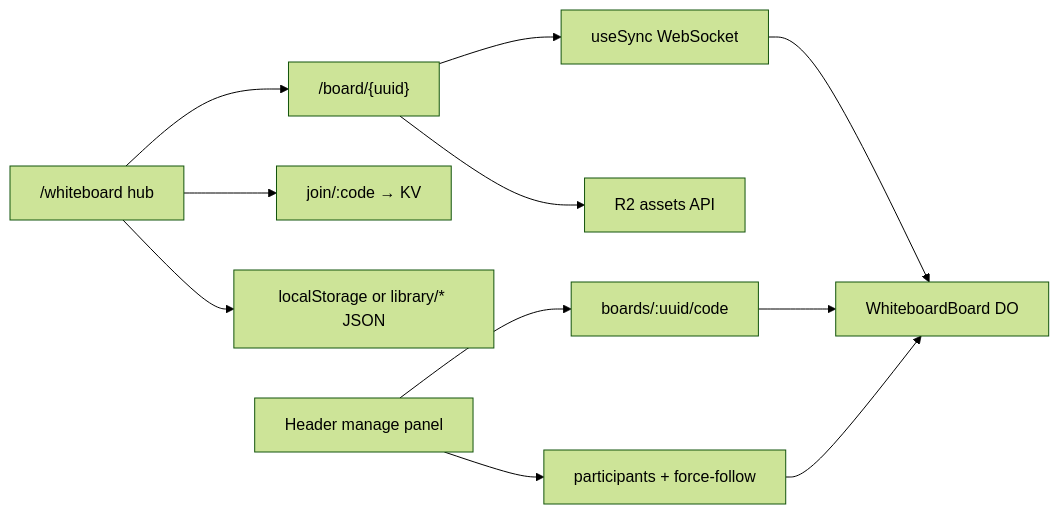
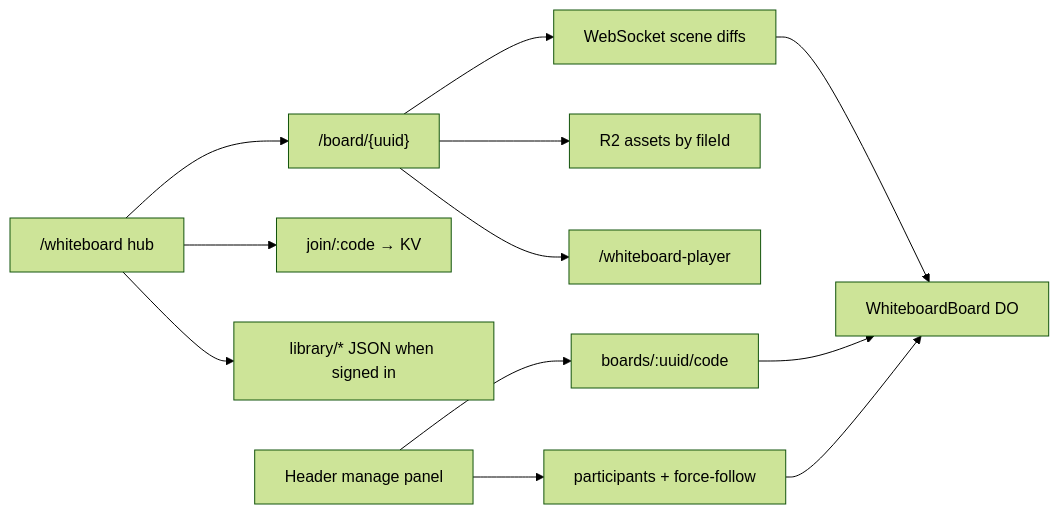
One commit to dmeim/scsfoxchase.tech changed the diagram in docs/whiteboard/README.md. Above: the diagram before and after it, drawn with Mermaid (forest theme). The commit also changed other lines of this file and 20 other files, not shown here.

First line of the commit message:
docs(whiteboard): document Excalidraw architecture and drop tldraw

````diff
--- a/docs/whiteboard/README.md
+++ b/docs/whiteboard/README.md
@@ -48,13 +53,14 @@
 ```mermaid
 flowchart LR
   Hub["/whiteboard hub"] --> Board["/board/{uuid}"]
-  Board --> Sync["useSync WebSocket"]
-  Sync --> DO["WhiteboardBoard DO"]
-  Board --> Assets["R2 assets API"]
+  Board --> WS["WebSocket scene diffs"]
+  WS --> DO["WhiteboardBoard DO"]
+  Board --> Assets["R2 assets by fileId"]
+  Board --> Player["/whiteboard-player"]
   Hub --> Join["join/:code → KV"]
-  Hub --> Lib["localStorage or library/* JSON"]
+  Hub --> Lib["library/* JSON when signed in"]
   Manage["Header manage panel"] --> CodeAPI["boards/:uuid/code"]
   Manage --> PeopleAPI["participants + force-follow"]
   CodeAPI --> DO
   PeopleAPI --> DO
 ```
````
